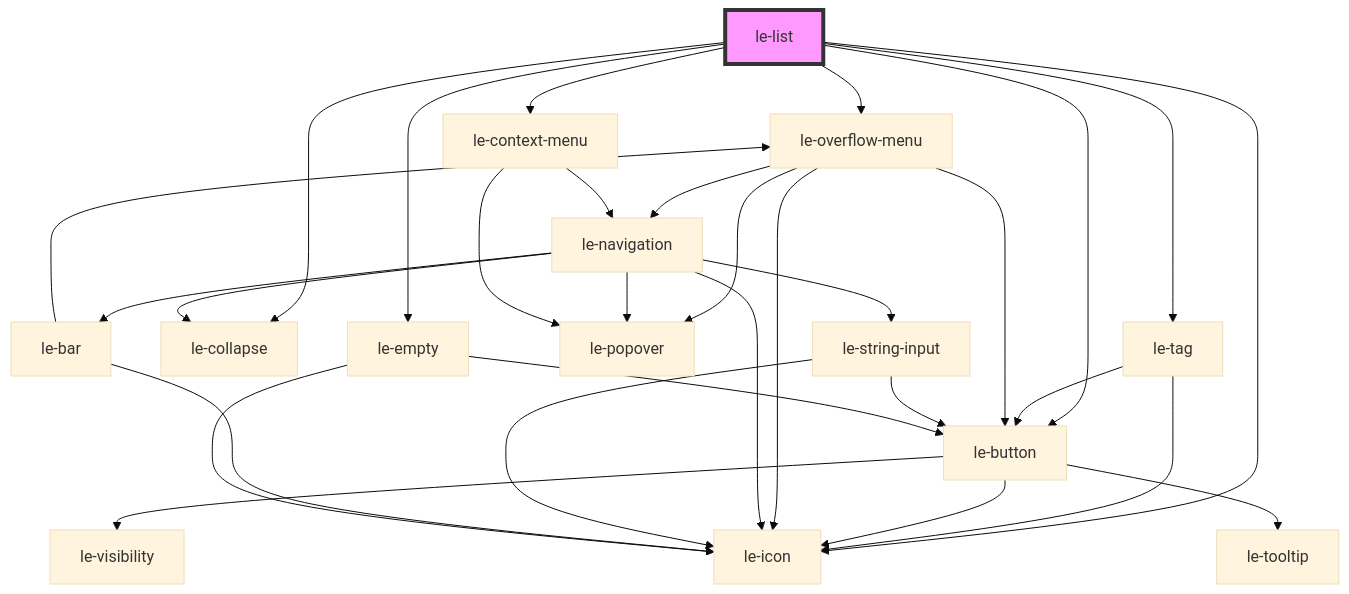
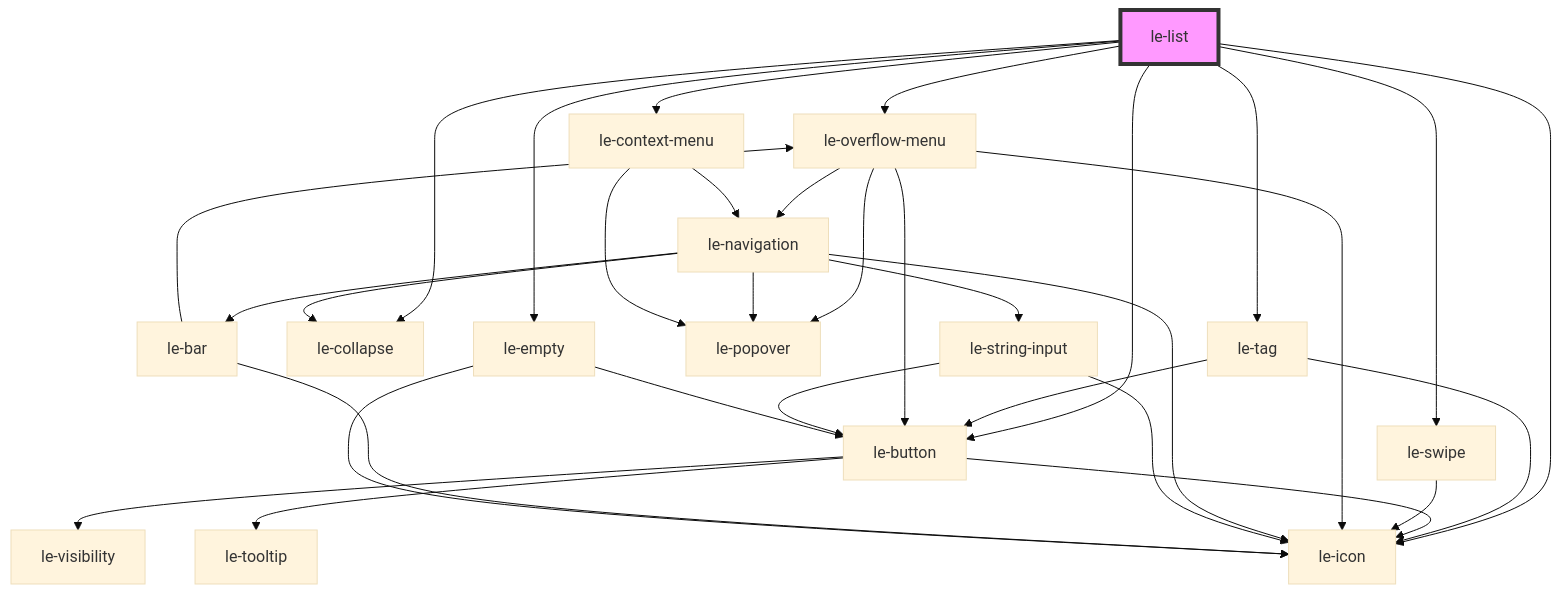
Before and after one commit to leechy/le-kit: the diagram in packages/core/src/components/le-list/readme.md, drawn with Mermaid (base theme). The commit also changed other lines of this file and 14 other files, not shown here.

First line of the commit message:
Add <le-swipe> and swipe actions for <le-list> cards

````diff
--- a/packages/core/src/components/le-list/readme.md
+++ b/packages/core/src/components/le-list/readme.md
@@ -227,33 +228,35 @@
 ```mermaid
 graph TD;
   le-list --> le-icon
   le-list --> le-tag
+  le-list --> le-swipe
   le-list --> le-button
   le-list --> le-overflow-menu
   le-list --> le-collapse
   le-list --> le-empty
   le-list --> le-context-menu
   le-tag --> le-button
   le-tag --> le-icon
   le-button --> le-icon
   le-button --> le-visibility
   le-button --> le-tooltip
+  le-swipe --> le-icon
   le-overflow-menu --> le-navigation
   le-overflow-menu --> le-popover
   le-overflow-menu --> le-button
   le-overflow-menu --> le-icon
   le-navigation --> le-icon
   le-navigation --> le-string-input
   le-navigation --> le-collapse
   le-navigation --> le-popover
   le-navigation --> le-bar
   le-string-input --> le-button
   le-string-input --> le-icon
   le-bar --> le-icon
   le-bar --> le-overflow-menu
   le-empty --> le-icon
   le-empty --> le-button
   le-context-menu --> le-popover
   le-context-menu --> le-navigation
   style le-list fill:#f9f,stroke:#333,stroke-width:4px
 ```
````
